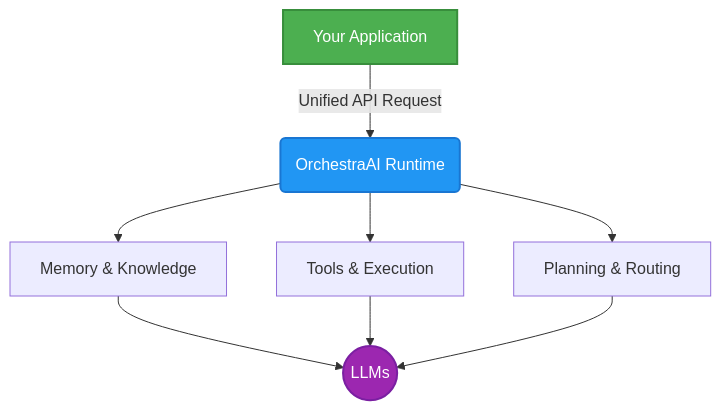
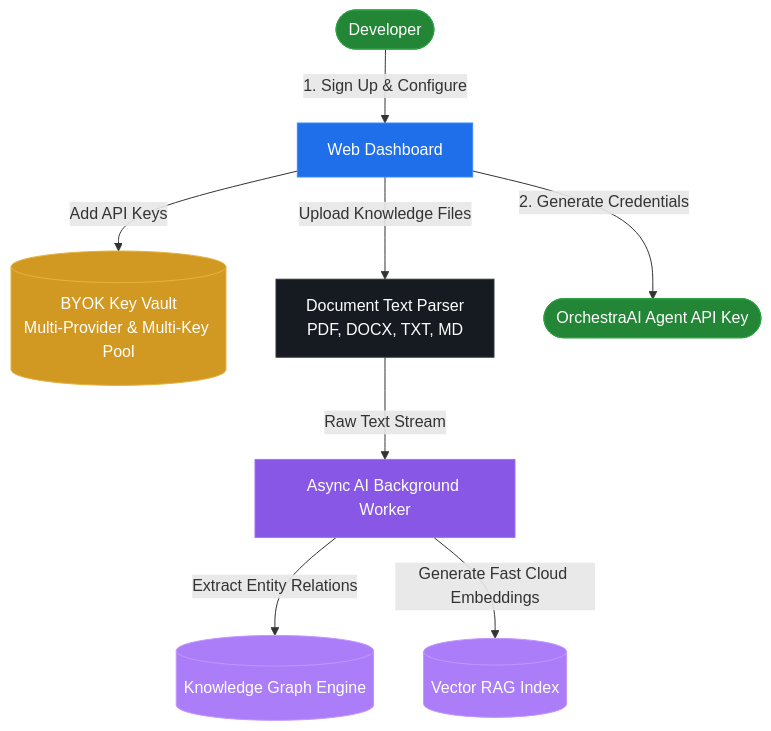
The first of 2 diagrams in README.md (DevOrchestraa/OrchestraAI-Backend), drawn with Mermaid before and after one commit. The commit also changed other lines of this file, not shown here.

Commit message:
project README to define OrchestraAI as a cloud-native Backend-as-a-Service (BaaS) architectural concept (updated)

````diff
--- a/README.md
+++ b/README.md
@@ -38,14 +57,22 @@
 ```mermaid
-graph TD
-    A[Your Application] -->|Unified API Request| B(OrchestraAI Runtime)
-    B --> C[Memory & Knowledge]
-    B --> D[Tools & Execution]
-    B --> E[Planning & Routing]
-    C --> F((LLMs))
-    D --> F
-    E --> F
+flowchart TD
+    Dev([Developer]) -->|1. Sign Up & Configure| UI[Web Dashboard]
     
-    style A fill:#4CAF50,stroke:#388E3C,stroke-width:2px,color:#fff
-    style B fill:#2196F3,stroke:#1976D2,stroke-width:2px,color:#fff
-    style F fill:#9C27B0,stroke:#7B1FA2,stroke-width:2px,color:#fff
+    UI -->|Add API Keys| Vault[(BYOK Key Vault<br/>Multi-Provider & Multi-Key Pool)]
+    UI -->|Upload Knowledge Files| Parser[Document Text Parser<br/>PDF, DOCX, TXT, MD]
+    
+    Parser -->|Raw Text Stream| Worker[Async AI Background Worker]
+    Worker -->|Extract Entity Relations| KG[(Knowledge Graph Engine)]
+    Worker -->|Generate Fast Cloud Embeddings| VDB[(Vector RAG Index)]
+    
+    UI -->|2. Generate Credentials| APIKey([OrchestraAI Agent API Key])
+
+    style Dev fill:#238636,stroke:#2ea043,color:#fff
+    style UI fill:#1f6feb,stroke:#388bfd,color:#fff
+    style Vault fill:#d29922,stroke:#e3b341,color:#fff
+    style Parser fill:#161b22,stroke:#30363d,color:#fff
+    style Worker fill:#8957e5,stroke:#a371f7,color:#fff
+    style KG fill:#ab7df8,stroke:#c297ff,color:#fff
+    style VDB fill:#ab7df8,stroke:#c297ff,color:#fff
+    style APIKey fill:#238636,stroke:#2ea043,color:#fff
 ```
````
